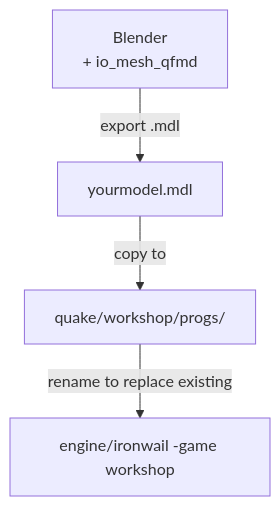
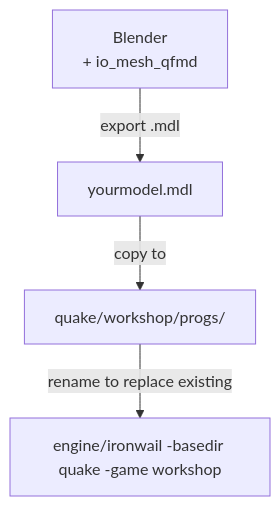
One commit to etna-alternance/workshop-vrg changed the first of 2 diagrams in guides/story/README.md. Above: the diagram before and after it, drawn with Mermaid. The commit also changed other lines of this file and 6 other files, not shown here.

Commit message:
fix: add -basedir quake to all Ironwail launch commands

````diff
--- a/guides/story/README.md
+++ b/guides/story/README.md
@@ -15,6 +15,6 @@
 ```mermaid
 flowchart TD
     A["Blender<br/>+ io_mesh_qfmd"] -->|export .mdl| B["yourmodel.mdl"]
     B -->|copy to| C["quake/workshop/progs/"]
-    C -->|rename to replace existing| D["engine/ironwail -game workshop"]
+    C -->|rename to replace existing| D["engine/ironwail -basedir quake -game workshop"]
 ```
````
